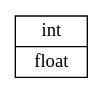
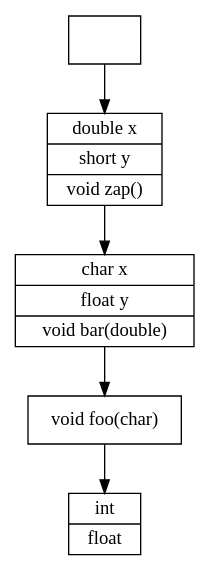
Before and after one commit to andyjsiegel/CSC-453: the diagram in Assignments/Assignment 5/andy_siegel/problem_2.gv, drawn with Graphviz. The commit also changed other lines of this file and 111 other files, not shown here.

```diff
--- a/Assignments/Assignment 5/andy_siegel/problem_2.gv
+++ b/Assignments/Assignment 5/andy_siegel/problem_2.gv
@@ -1,8 +1,33 @@
 /* Compile with 'dot -Tpng graph.gv > graph.png' */
 
 digraph problem2 { 
    standard [
       shape="record"; 
       label="{int | float}";
    ];
+
+   sytab4 [
+      shape="record";
+      label=""
+   ]
+
+   sytab3 [
+      shape="record";
+      label="{double x | short y | void zap()}"
+   ];
+
+   sytab2 [
+      shape="record";
+      label="{char x | float y | void bar(double) }";
+   ];
+
+   sytab1 [ 
+      shape="record";
+      label="{void foo(char)}";
+   ];
+
+   sytab4 -> sytab3
+   sytab3 -> sytab2
+   sytab2 -> sytab1
+   sytab1 -> standard   
 }
```
